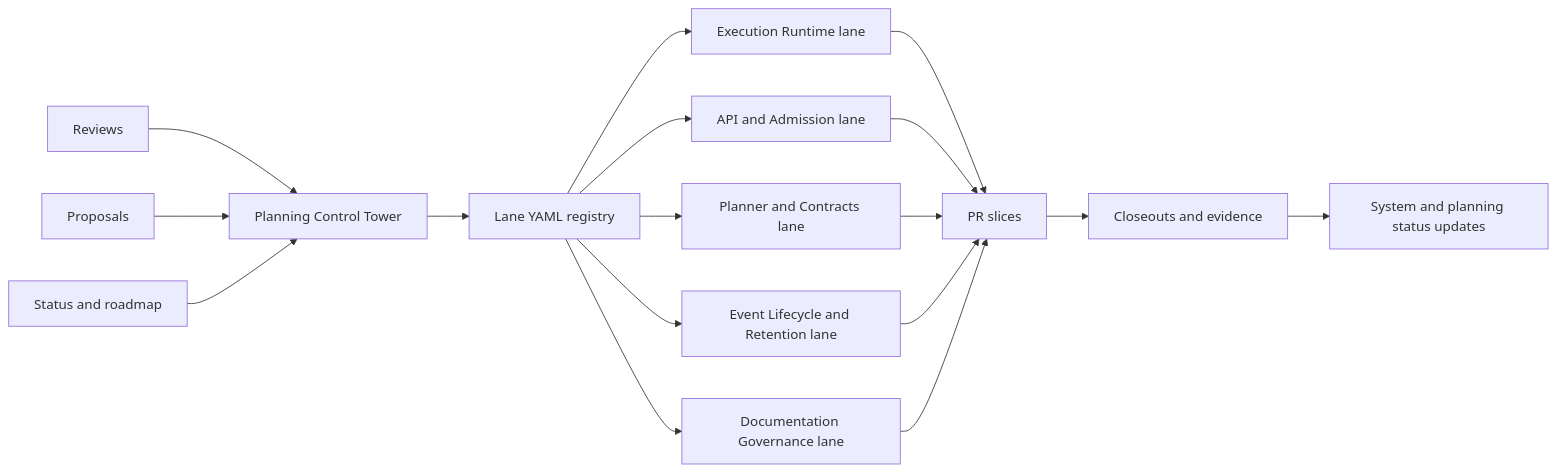
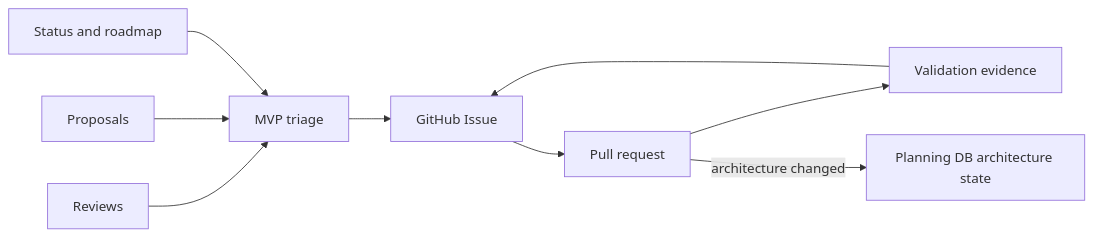
One commit to dunay2/dvt changed the diagram in docs/planning/roadmap/diagrams/execution-tracking-flow.md. Above: the diagram before and after it, drawn with Mermaid. The commit also changed other lines of this file and 9 other files, not shown here.

Commit message:
refactor(ci): Align review intake with GitHub task authority

````diff
--- a/docs/planning/roadmap/diagrams/execution-tracking-flow.md
+++ b/docs/planning/roadmap/diagrams/execution-tracking-flow.md
@@ -14,28 +14,20 @@
 ```mermaid
 flowchart LR
   REV[Reviews]
   PROP[Proposals]
   STATUS[Status and roadmap]
-  CTRL[Planning Control Tower]
-  REG[Lane YAML registry]
+  TRIAGE[MVP triage]
+  ISSUE[GitHub Issue]
+  PR[Pull request]
+  EVIDENCE[Validation evidence]
+  DB[Planning DB architecture state]
 
-  REV --> CTRL
-  PROP --> CTRL
-  STATUS --> CTRL
-  CTRL --> REG
-
-  REG --> L1[Execution Runtime lane]
-  REG --> L2[API and Admission lane]
-  REG --> L3[Planner and Contracts lane]
-  REG --> L4[Event Lifecycle and Retention lane]
-  REG --> L5[Documentation Governance lane]
-
-  L1 --> PR[PR slices]
-  L2 --> PR
-  L3 --> PR
-  L4 --> PR
-  L5 --> PR
-
-  PR --> CLO[Closeouts and evidence]
-  CLO --> SYNC[System and planning status updates]
+  REV --> TRIAGE
+  PROP --> TRIAGE
+  STATUS --> TRIAGE
+  TRIAGE --> ISSUE
+  ISSUE --> PR
+  PR --> EVIDENCE
+  EVIDENCE --> ISSUE
+  PR -->|architecture changed| DB
 ```
````
